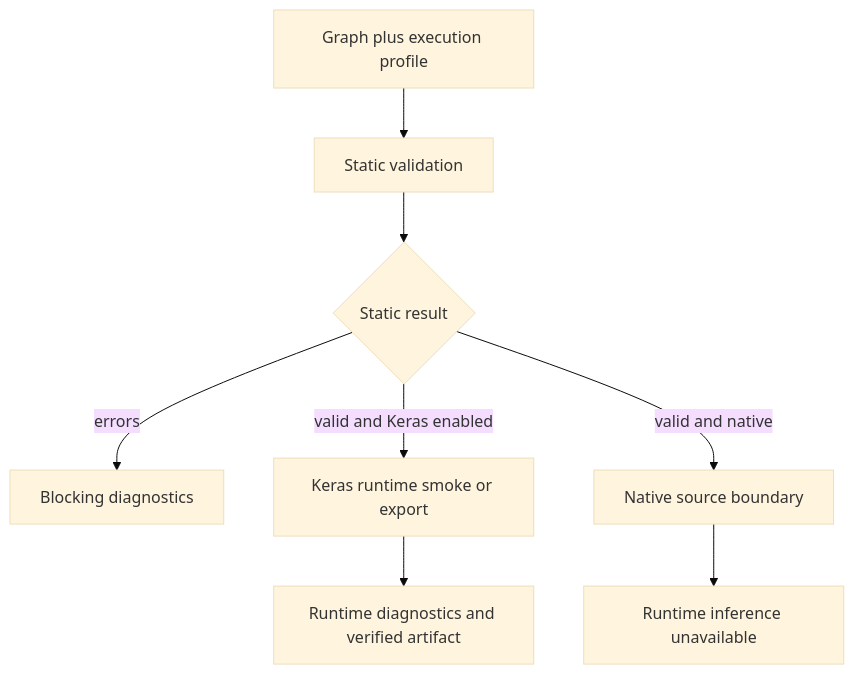
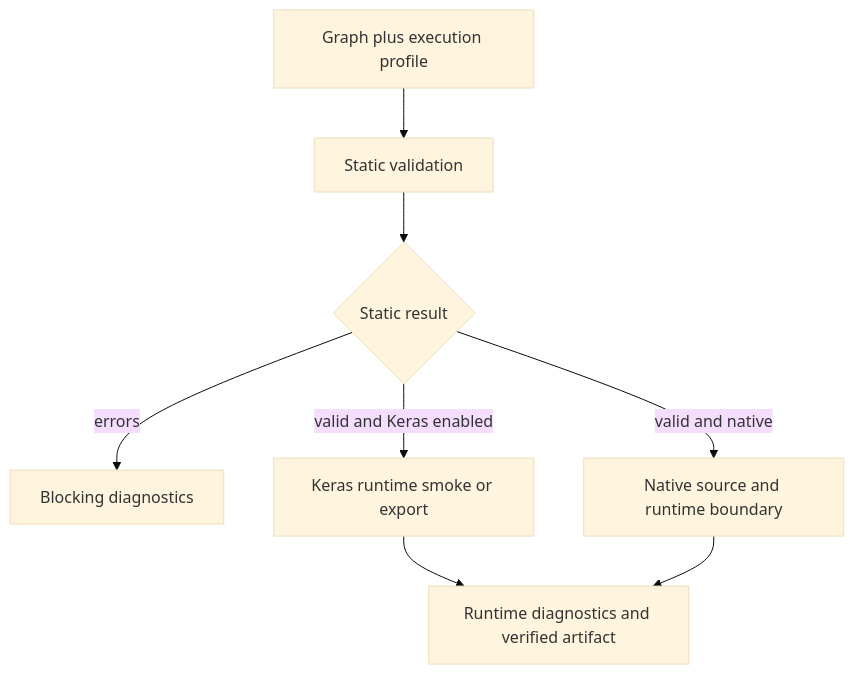
Before and after one commit to CTCycle/Neuro-Weave-Studio: the fifth of 9 diagrams in assets/docs/architecture/model_execution_profile.md, drawn with Mermaid (base theme). The commit also changed other lines of this file and 67 other files, not shown here.

````diff
--- a/assets/docs/architecture/model_execution_profile.md
+++ b/assets/docs/architecture/model_execution_profile.md
@@ -76,10 +77,10 @@
 ```mermaid
 flowchart TD
   G[Graph plus execution profile] --> S[Static validation]
   S --> D{Static result}
   D -->|errors| P[Blocking diagnostics]
   D -->|valid and Keras enabled| R[Keras runtime smoke or export]
-  D -->|valid and native| N[Native source boundary]
+  D -->|valid and native| N[Native source and runtime boundary]
   R --> Q[Runtime diagnostics and verified artifact]
-  N --> U[Runtime inference unavailable]
+  N --> Q
 ```
````
